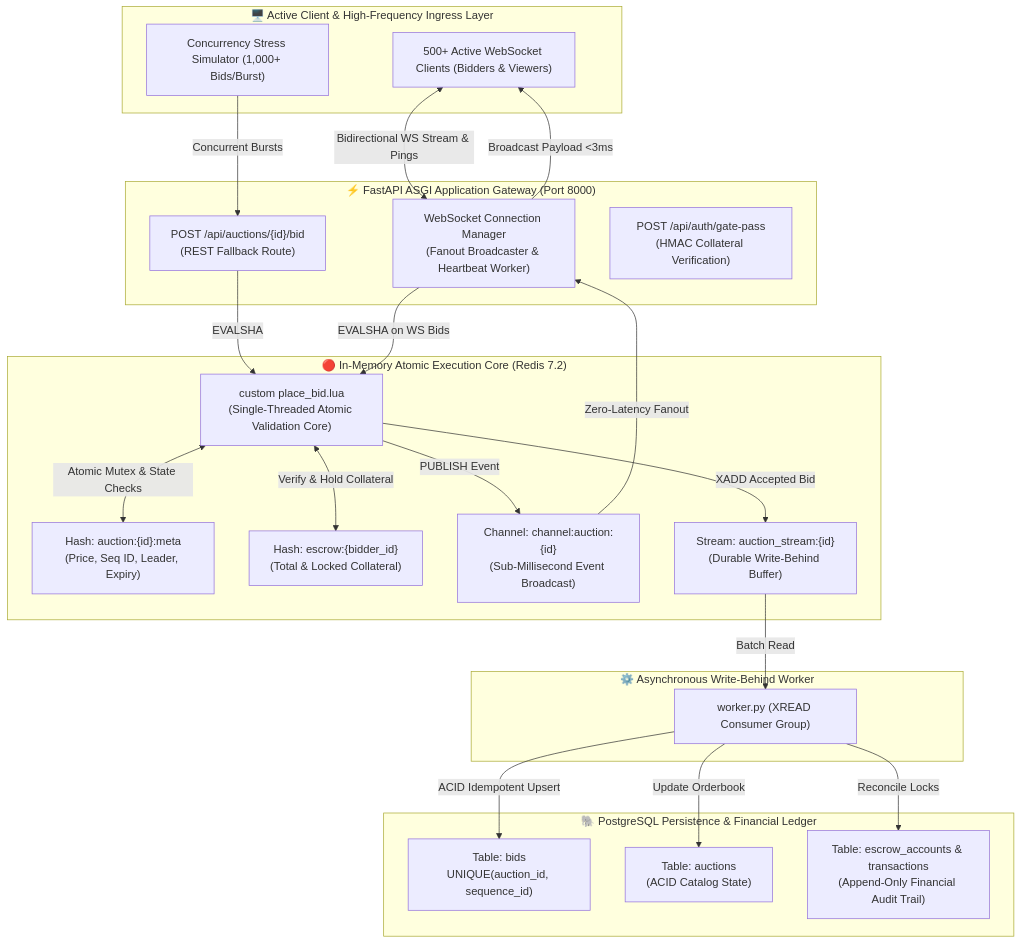
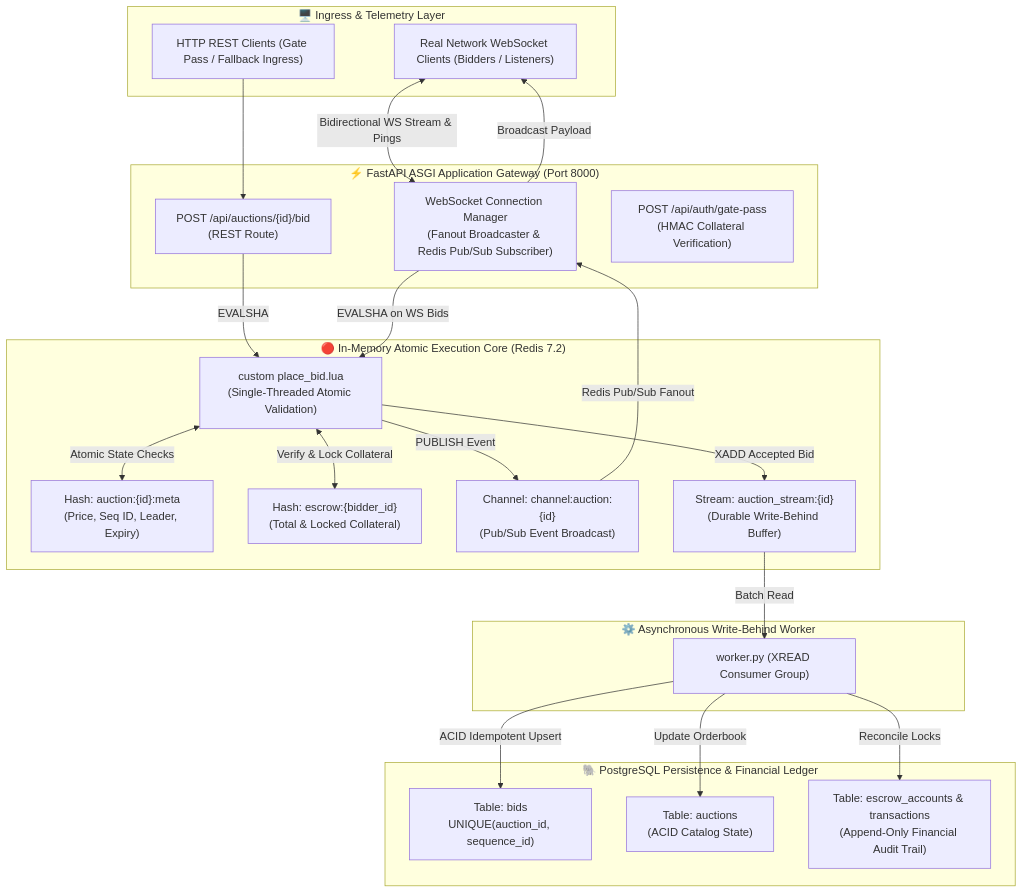
One commit to tejashr0716/Gated-Real-Time-Auction-with-Low-Latency changed the diagram in README.md. Above: the diagram before and after it, drawn with Mermaid. The commit also changed other lines of this file and 8 other files, not shown here.

Commit message:
Ground auction benchmarks with real network WebSocket suite, label in-process doubles, document verified invariants, and update README

````diff
--- a/README.md
+++ b/README.md
@@ -27,50 +23,50 @@
 ```mermaid
 flowchart TD
-    subgraph ClientLayer["🖥️ Active Client & High-Frequency Ingress Layer"]
-        Bidders["500+ Active WebSocket Clients (Bidders & Viewers)"]
-        AttackSim["Concurrency Stress Simulator (1,000+ Bids/Burst)"]
+    subgraph ClientLayer["🖥️ Ingress & Telemetry Layer"]
+        NetworkClients["Real Network WebSocket Clients (Bidders / Listeners)"]
+        RESTClients["HTTP REST Clients (Gate Pass / Fallback Ingress)"]
     end
 
     subgraph GatewayLayer["⚡ FastAPI ASGI Application Gateway (Port 8000)"]
-        WSManager["WebSocket Connection Manager<br/>(Fanout Broadcaster & Heartbeat Worker)"]
-        BidsRoute["POST /api/auctions/{id}/bid<br/>(REST Fallback Route)"]
+        WSManager["WebSocket Connection Manager<br/>(Fanout Broadcaster & Redis Pub/Sub Subscriber)"]
+        BidsRoute["POST /api/auctions/{id}/bid<br/>(REST Route)"]
         AuthRoute["POST /api/auth/gate-pass<br/>(HMAC Collateral Verification)"]
     end
 
     subgraph MemoryLayer["🔴 In-Memory Atomic Execution Core (Redis 7.2)"]
-        LuaScript["custom place_bid.lua<br/>(Single-Threaded Atomic Validation Core)"]
+        LuaScript["custom place_bid.lua<br/>(Single-Threaded Atomic Validation)"]
         MetaHash["Hash: auction:{id}:meta<br/>(Price, Seq ID, Leader, Expiry)"]
         EscrowHash["Hash: escrow:{bidder_id}<br/>(Total & Locked Collateral)"]
-        PubSubChannel["Channel: channel:auction:{id}<br/>(Sub-Millisecond Event Broadcast)"]
+        PubSubChannel["Channel: channel:auction:{id}<br/>(Pub/Sub Event Broadcast)"]
         EventStream["Stream: auction_stream:{id}<br/>(Durable Write-Behind Buffer)"]
     end
 
     subgraph WorkerLayer["⚙️ Asynchronous Write-Behind Worker"]
         SyncWorker["worker.py (XREAD Consumer Group)"]
     end
 
     subgraph DatabaseLayer["🐘 PostgreSQL Persistence & Financial Ledger"]
         PGBids["Table: bids<br/>UNIQUE(auction_id, sequence_id)"]
         PGAuctions["Table: auctions<br/>(ACID Catalog State)"]
         PGEscrow["Table: escrow_accounts & transactions<br/>(Append-Only Financial Audit Trail)"]
     end
 
     %% Flow Connections
-    Bidders <-->|Bidirectional WS Stream & Pings| WSManager
-    AttackSim -->|Concurrent Bursts| BidsRoute
+    NetworkClients <-->|Bidirectional WS Stream & Pings| WSManager
+    RESTClients --> BidsRoute
     BidsRoute -->|EVALSHA| LuaScript
     WSManager -->|EVALSHA on WS Bids| LuaScript
 
-    LuaScript <-->|Atomic Mutex & State Checks| MetaHash
-    LuaScript <-->|Verify & Hold Collateral| EscrowHash
+    LuaScript <-->|Atomic State Checks| MetaHash
+    LuaScript <-->|Verify & Lock Collateral| EscrowHash
     LuaScript -->|PUBLISH Event| PubSubChannel
     LuaScript -->|XADD Accepted Bid| EventStream
 
-    PubSubChannel -->|Zero-Latency Fanout| WSManager
-    WSManager -->|Broadcast Payload <3ms| Bidders
+    PubSubChannel -->|Redis Pub/Sub Fanout| WSManager
+    WSManager -->|Broadcast Payload| NetworkClients
 
     EventStream -->|Batch Read| SyncWorker
     SyncWorker -->|ACID Idempotent Upsert| PGBids
     SyncWorker -->|Update Orderbook| PGAuctions
     SyncWorker -->|Reconcile Locks| PGEscrow
 ```
````
